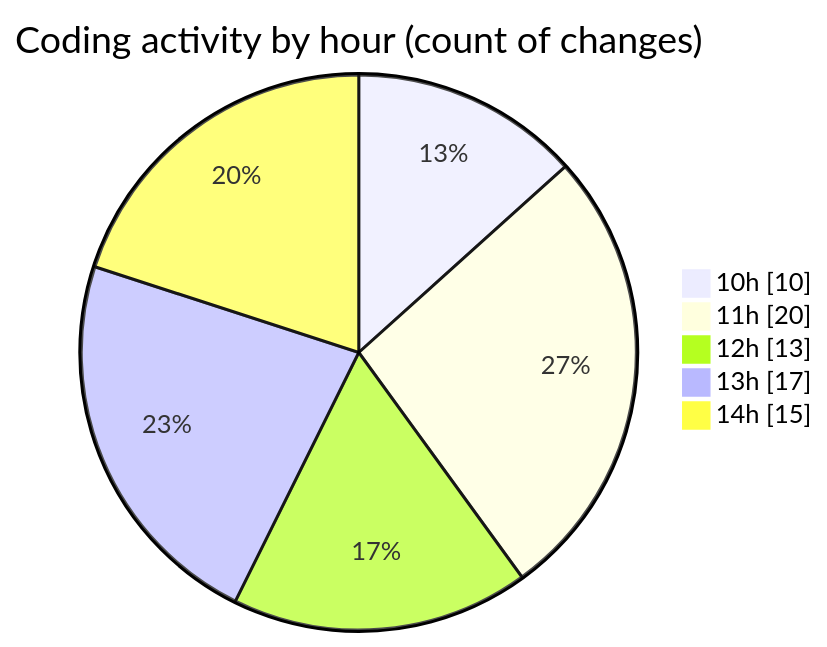
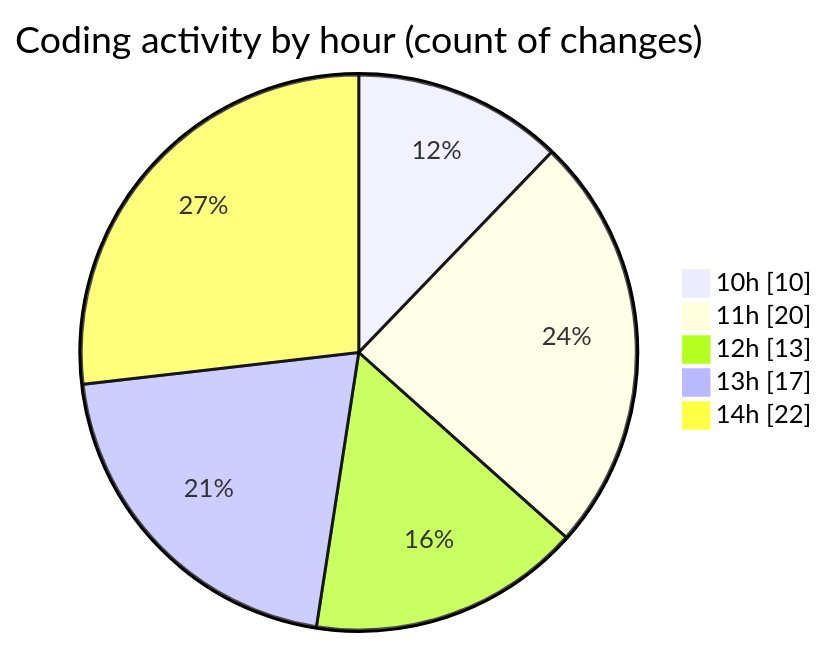
One commit to BS-eng2023/code-tracking changed the second of 2 diagrams in 2025-03-31/jsvms/README.md. Above: the diagram before and after it, drawn with Mermaid. The commit also changed other lines of this file and 1 other file, not shown here.

````diff
--- a/2025-03-31/jsvms/README.md
+++ b/2025-03-31/jsvms/README.md
@@ -58,9 +60,9 @@
 ```mermaid
 pie showData
 title Coding activity by hour (count of changes)
 "10h" : 10
 "11h" : 20
 "12h" : 13
 "13h" : 17
-"14h" : 15
+"14h" : 22
 ```
````
